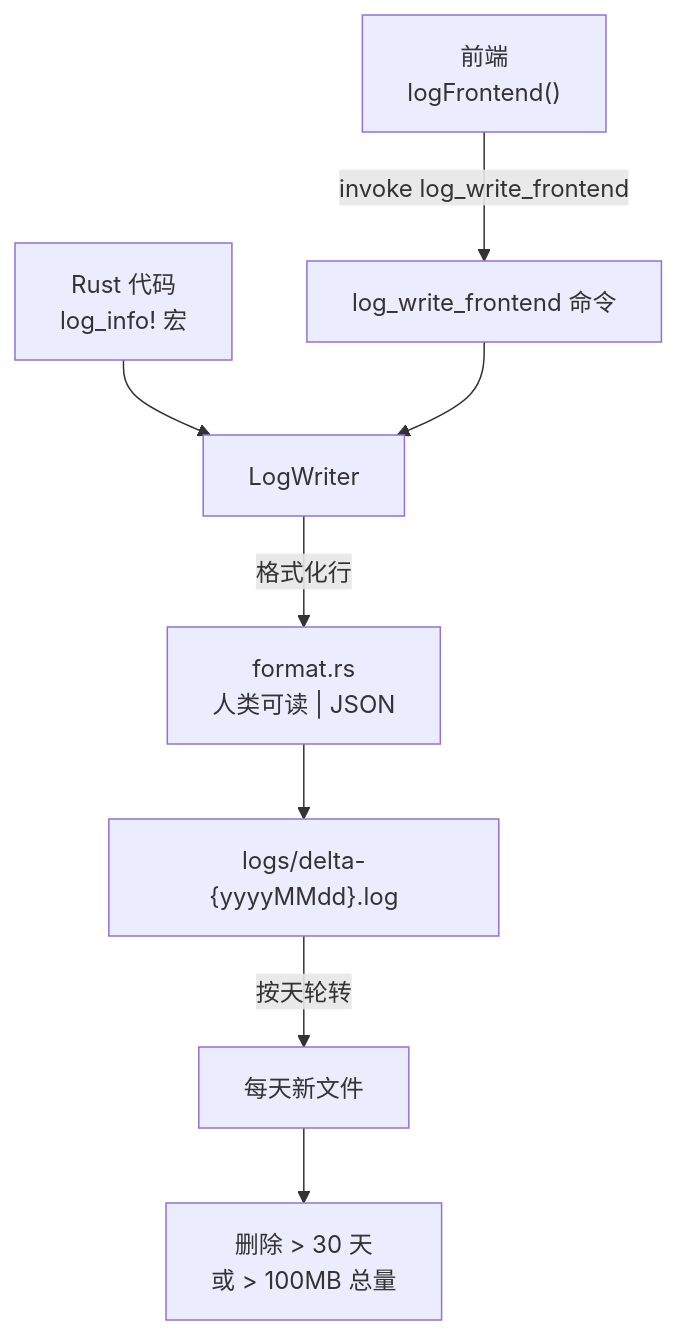
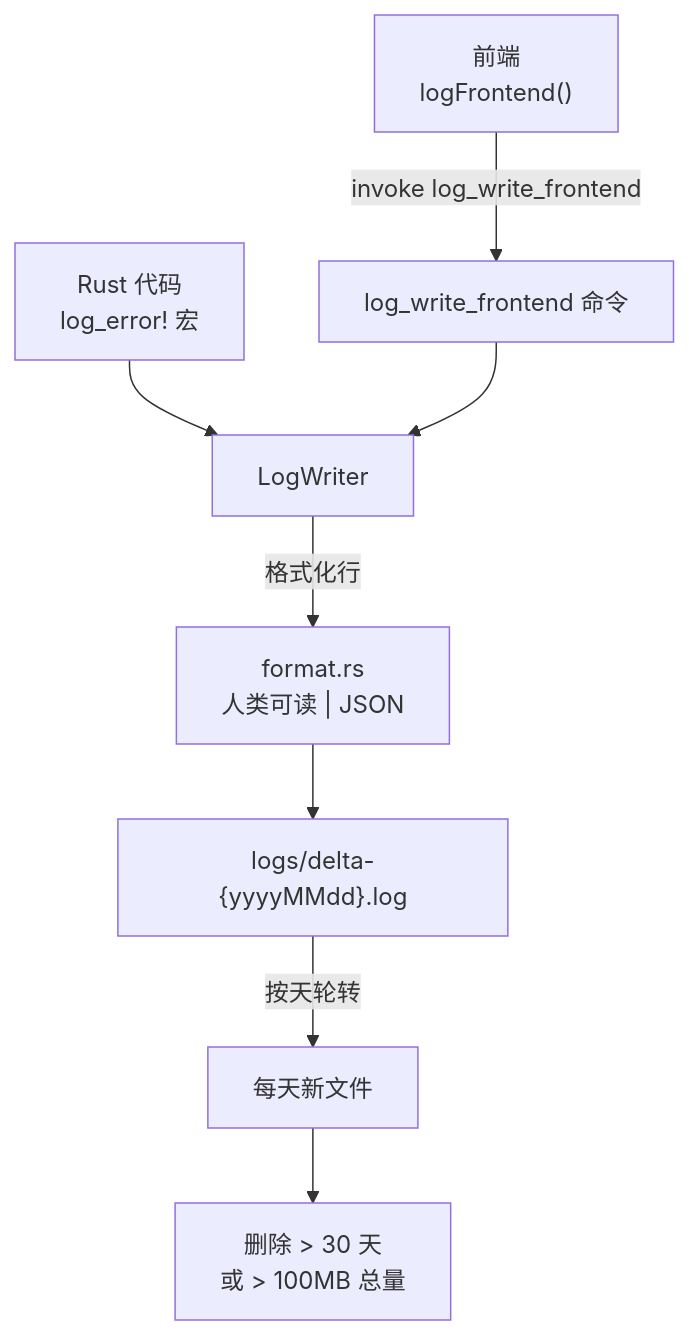
Before and after one commit to IZRINO/delta-auto-tools: the diagram in droid-wiki/systems/logging.md, drawn with Mermaid. The commit also changed other lines of this file and 49 other files, not shown here.

````diff
--- a/droid-wiki/systems/logging.md
+++ b/droid-wiki/systems/logging.md
@@ -28,10 +28,10 @@
 ```mermaid
 graph TD
-    Rust["Rust 代码<br/>log_info! 宏"] --> Writer["LogWriter"]
+    Rust["Rust 代码<br/>log_error! 宏"] --> Writer["LogWriter"]
     Frontend["前端<br/>logFrontend()"] -->|invoke log_write_frontend| Cmd["log_write_frontend 命令"]
     Cmd --> Writer
     Writer -->|格式化行| Format["format.rs<br/>人类可读 | JSON"]
     Format --> File["logs/delta-{yyyyMMdd}.log"]
     File -->|按天轮转| Rotate["每天新文件"]
     Rotate --> Cleanup["删除 > 30 天<br/>或 > 100MB 总量"]
 ```
````
